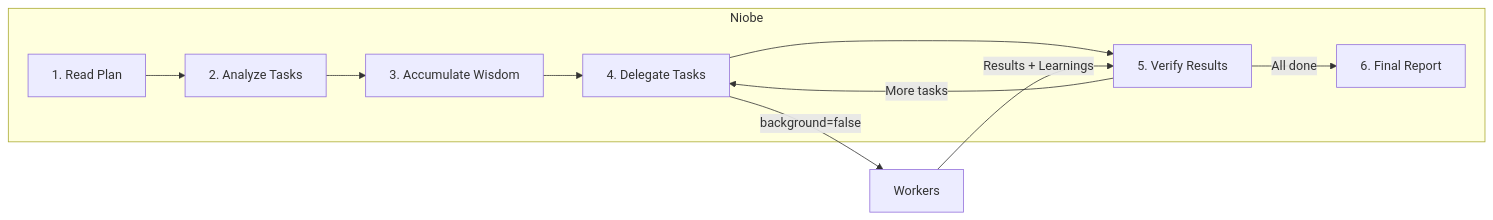
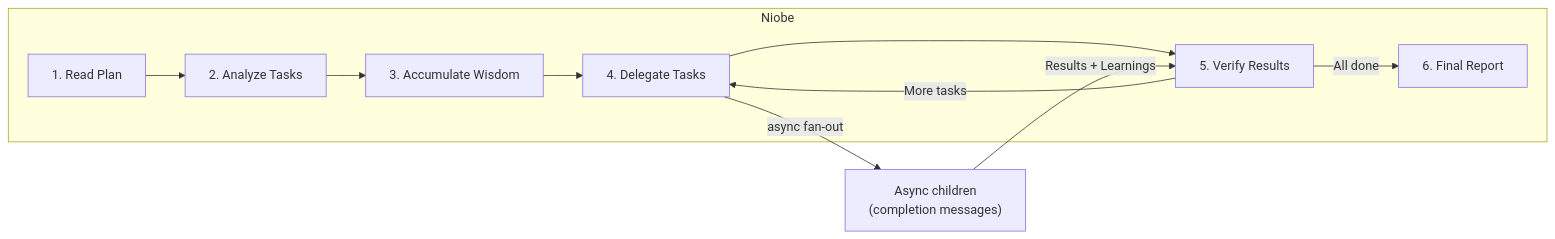
The third of 4 diagrams in docs/orchestration.md (klpanagi/opencode-matrixx-2), drawn with Mermaid before and after one commit. The commit also changed other lines of this file and 10 other files, not shown here.

````diff
--- a/docs/orchestration.md
+++ b/docs/orchestration.md
@@ -486,21 +486,21 @@
 ```mermaid
 flowchart LR
     subgraph Orchestrator["Niobe"]
         Read["1. Read Plan"]
         Analyze["2. Analyze Tasks"]
         Wisdom["3. Accumulate Wisdom"]
         Delegate["4. Delegate Tasks"]
         Verify["5. Verify Results"]
         Report["6. Final Report"]
     end
 
     Read --> Analyze
     Analyze --> Wisdom
     Wisdom --> Delegate
     Delegate --> Verify
     Verify -->|"More tasks"| Delegate
     Verify -->|"All done"| Report
 
-    Delegate -->|"background=false"| Workers["Workers"]
+    Delegate -->|"async fan-out"| Workers["Async children<br/>(completion messages)"]
     Workers -->|"Results + Learnings"| Verify
 ```
````
